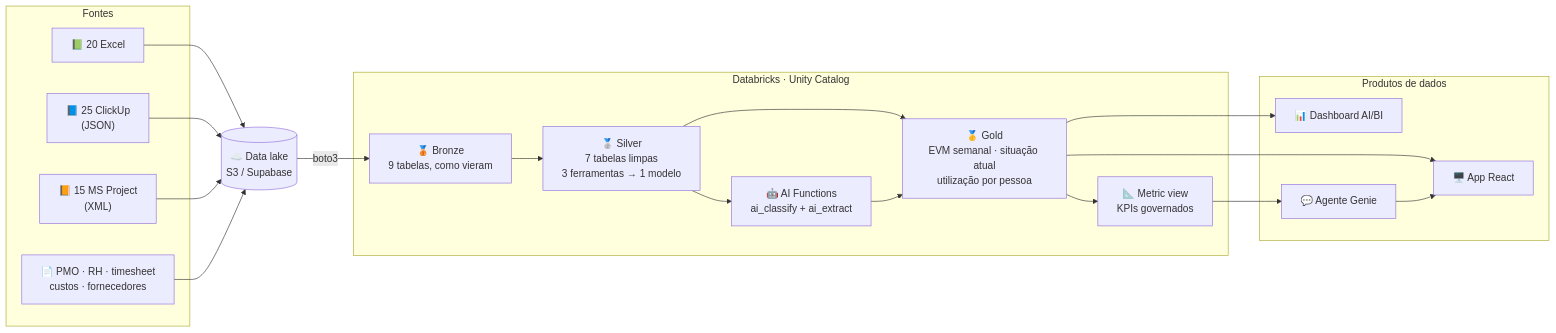
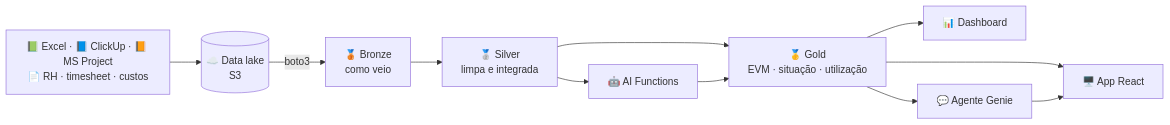
Before and after one commit to Jessica-Fuentess/farol_projeto: the diagram in README.md, drawn with Mermaid. The commit also changed other lines of this file, not shown here.

````diff
--- a/README.md
+++ b/README.md
@@ -73,32 +56,11 @@
 ```mermaid
 flowchart LR
-    subgraph F["Fontes"]
-        XL["📗 20 Excel"]
-        CU["📘 25 ClickUp<br/>(JSON)"]
-        MP["📙 15 MS Project<br/>(XML)"]
-        OUT["📄 PMO · RH · timesheet<br/>custos · fornecedores"]
-    end
-
-    S3[("☁️ Data lake<br/>S3 / Supabase")]
-
-    subgraph DBX["Databricks · Unity Catalog"]
-        B["🥉 Bronze<br/>9 tabelas, como vieram"]
-        S["🥈 Silver<br/>7 tabelas limpas<br/>3 ferramentas → 1 modelo"]
-        G["🥇 Gold<br/>EVM semanal · situação atual<br/>utilização por pessoa"]
-        IA["🤖 AI Functions<br/>ai_classify + ai_extract"]
-        MV["📐 Metric view<br/>KPIs governados"]
-    end
-
-    subgraph P["Produtos de dados"]
-        D["📊 Dashboard AI/BI"]
-        APP["🖥️ App React"]
-        GE["💬 Agente Genie"]
-    end
-
-    XL & CU & MP & OUT --> S3 -->|boto3| B --> S --> G
-    S --> IA --> G
-    G --> MV --> GE
-    G --> D
-    G --> APP
-    GE --> APP
+    F["📗 Excel · 📘 ClickUp · 📙 MS Project<br/>📄 RH · timesheet · custos"] --> S3[("☁️ Data lake<br/>S3")]
+    S3 -->|boto3| B["🥉 Bronze<br/>como veio"]
+    B --> S["🥈 Silver<br/>limpa e integrada"]
+    S --> G["🥇 Gold<br/>EVM · situação · utilização"]
+    S --> IA["🤖 AI Functions"] --> G
+    G --> D["📊 Dashboard"]
+    G --> APP["🖥️ App React"]
+    G --> GE["💬 Agente Genie"] --> APP
 ```
````
